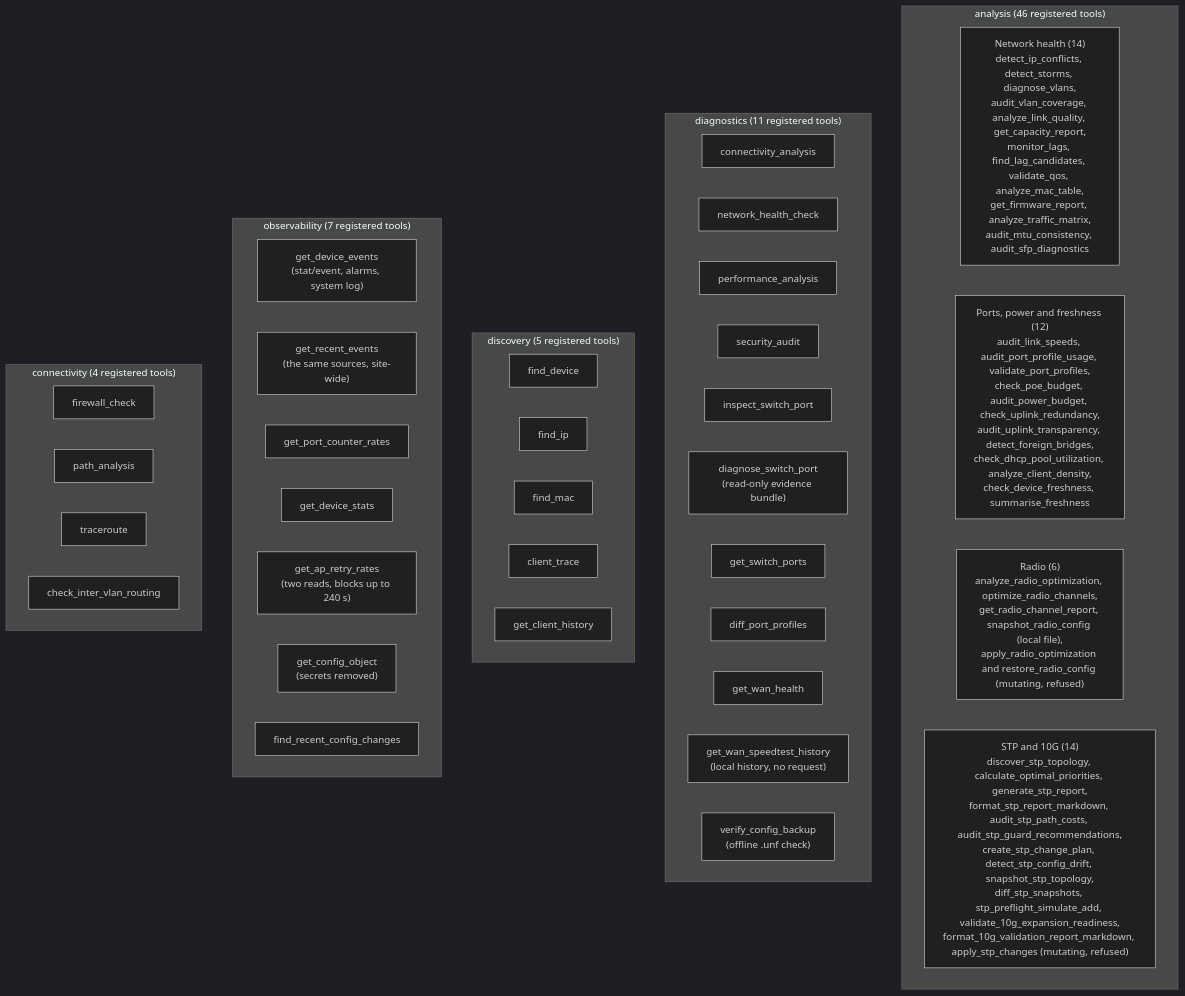
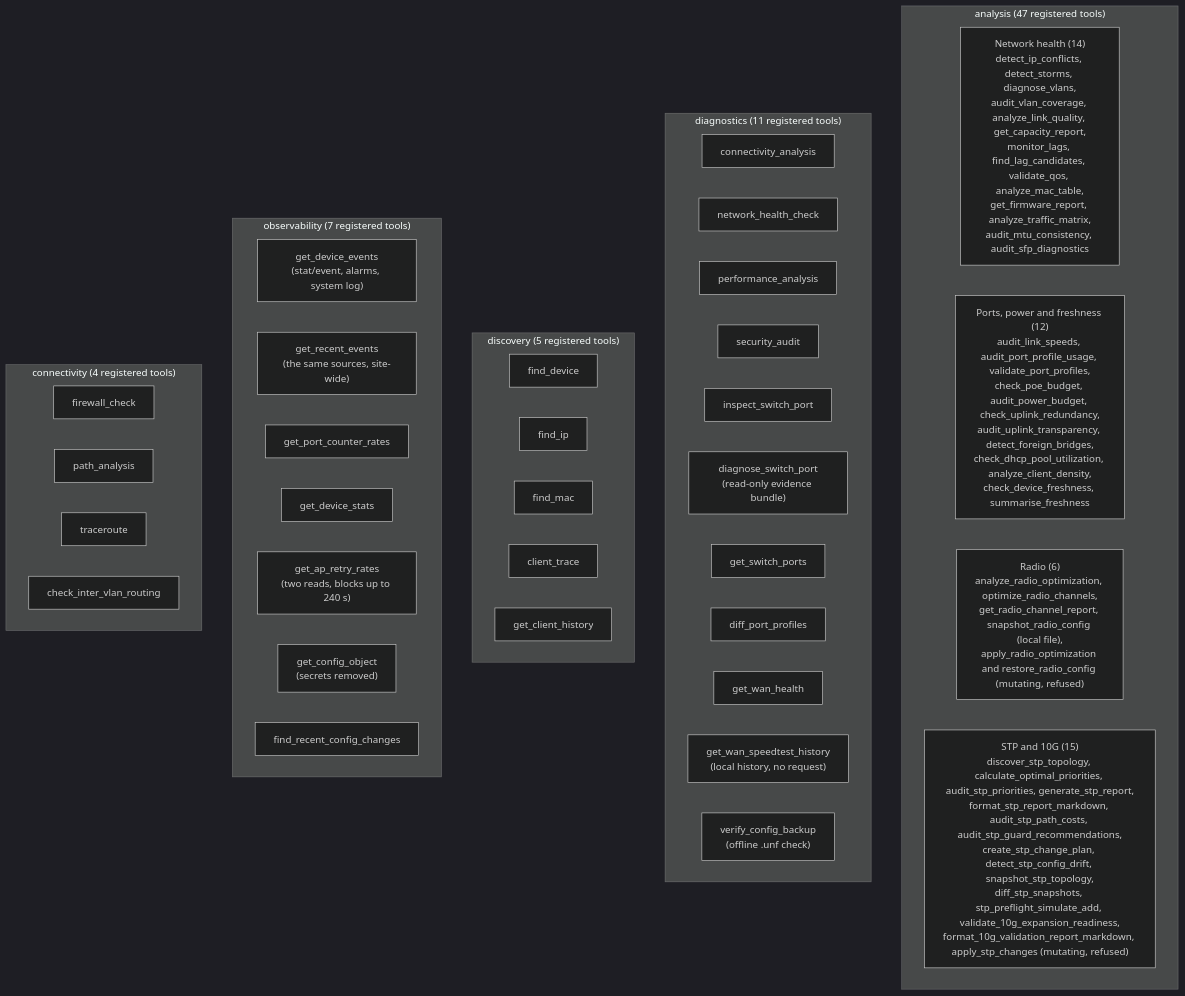
Before and after one commit to NetDevAutomate/unifi_management_cli: the fifth of 21 diagrams in docs/architecture/architecture-overview.md, drawn with Mermaid (dark theme). The commit also changed other lines of this file and 14 other files, not shown here.

````diff
--- a/docs/architecture/architecture-overview.md
+++ b/docs/architecture/architecture-overview.md
@@ -512,49 +518,49 @@
 ```mermaid
 graph TD
-    subgraph analysis["analysis (46 registered tools)"]
+    subgraph analysis["analysis (47 registered tools)"]
         direction LR
         H["Network health (14)\ndetect_ip_conflicts, detect_storms, diagnose_vlans,\naudit_vlan_coverage, analyze_link_quality, get_capacity_report,\nmonitor_lags, find_lag_candidates, validate_qos, analyze_mac_table,\nget_firmware_report, analyze_traffic_matrix,\naudit_mtu_consistency, audit_sfp_diagnostics"]
         P["Ports, power and freshness (12)\naudit_link_speeds, audit_port_profile_usage, validate_port_profiles,\ncheck_poe_budget, audit_power_budget, check_uplink_redundancy,\naudit_uplink_transparency, detect_foreign_bridges,\ncheck_dhcp_pool_utilization, analyze_client_density,\ncheck_device_freshness, summarise_freshness"]
         R["Radio (6)\nanalyze_radio_optimization, optimize_radio_channels,\nget_radio_channel_report, snapshot_radio_config (local file),\napply_radio_optimization and restore_radio_config (mutating, refused)"]
-        S["STP and 10G (14)\ndiscover_stp_topology, calculate_optimal_priorities, generate_stp_report,\nformat_stp_report_markdown, audit_stp_path_costs, audit_stp_guard_recommendations,\ncreate_stp_change_plan, detect_stp_config_drift, snapshot_stp_topology,\ndiff_stp_snapshots, stp_preflight_simulate_add, validate_10g_expansion_readiness,\nformat_10g_validation_report_markdown, apply_stp_changes (mutating, refused)"]
+        S["STP and 10G (15)\ndiscover_stp_topology, calculate_optimal_priorities, audit_stp_priorities, generate_stp_report,\nformat_stp_report_markdown, audit_stp_path_costs, audit_stp_guard_recommendations,\ncreate_stp_change_plan, detect_stp_config_drift, snapshot_stp_topology,\ndiff_stp_snapshots, stp_preflight_simulate_add, validate_10g_expansion_readiness,\nformat_10g_validation_report_markdown, apply_stp_changes (mutating, refused)"]
     end
 
     subgraph diagnostics["diagnostics (11 registered tools)"]
         D1["connectivity_analysis"]
         D2["network_health_check"]
         D3["performance_analysis"]
         D4["security_audit"]
         D5["inspect_switch_port"]
         D6["diagnose_switch_port\n(read-only evidence bundle)"]
         D7["get_switch_ports"]
         D8["diff_port_profiles"]
         D9["get_wan_health"]
         D10["get_wan_speedtest_history\n(local history, no request)"]
         D11["verify_config_backup\n(offline .unf check)"]
     end
 
     subgraph discovery["discovery (5 registered tools)"]
         DS1["find_device"]
         DS2["find_ip"]
         DS3["find_mac"]
         DS4["client_trace"]
         DS5["get_client_history"]
     end
 
     subgraph observability["observability (7 registered tools)"]
         O1["get_device_events\n(stat/event, alarms, system log)"]
         O7["get_recent_events\n(the same sources, site-wide)"]
         O2["get_port_counter_rates"]
         O3["get_device_stats"]
         O4["get_ap_retry_rates\n(two reads, blocks up to 240 s)"]
         O5["get_config_object\n(secrets removed)"]
         O6["find_recent_config_changes"]
     end
 
     subgraph connectivity["connectivity (4 registered tools)"]
         C1["firewall_check"]
         C2["path_analysis"]
         C3["traceroute"]
         C4["check_inter_vlan_routing"]
     end
 ```
````
